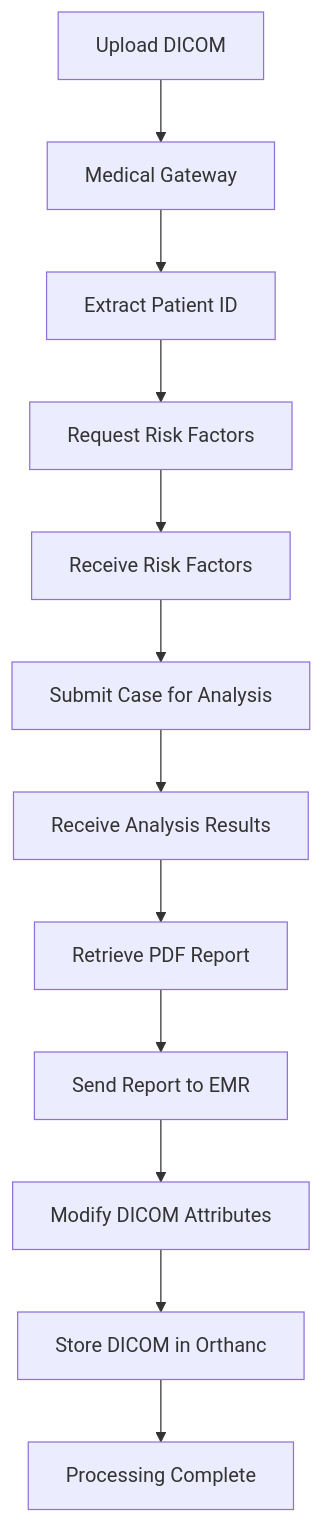
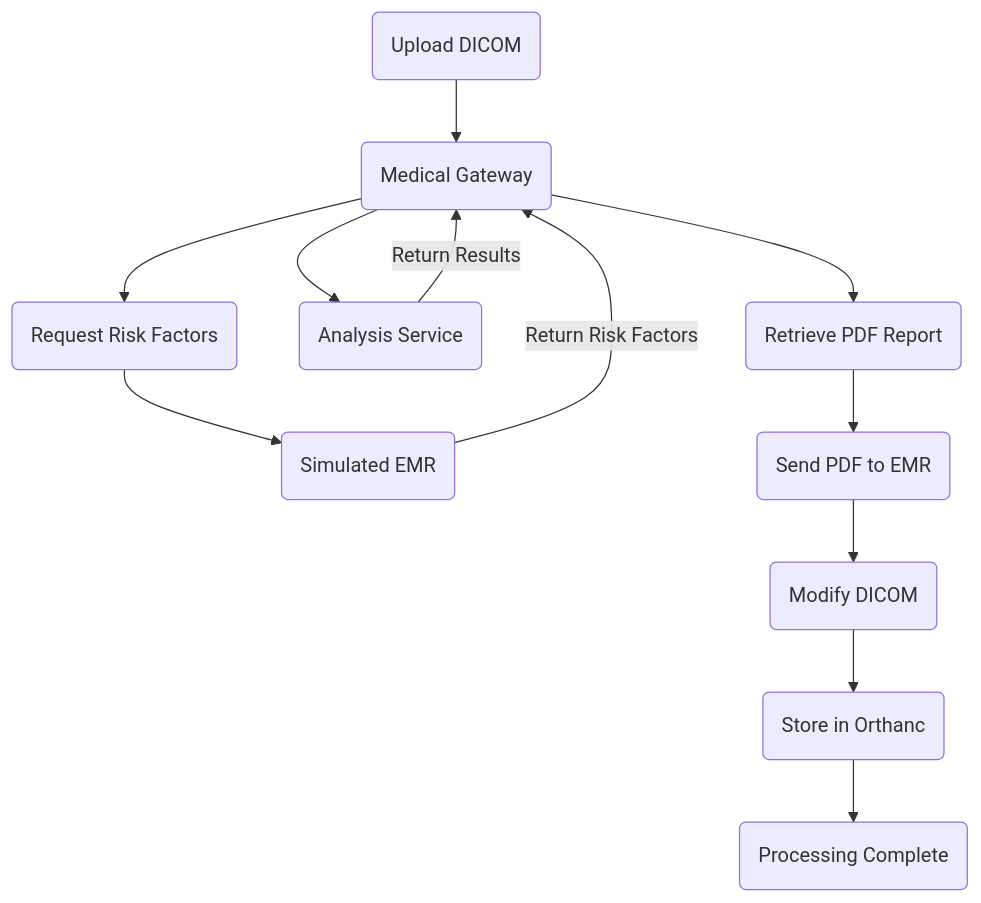
The diagram in README.md (namitagarwal1209/medical-integration-gateway), drawn with Mermaid before and after one commit.

Commit message:
Flowchart Updated

````diff
--- a/README.md
+++ b/README.md
@@ -16,22 +16,21 @@
 ```mermaid
-%%{init: {"flowchart": {"htmlLabels": false}}}%%
 
+%%{init: {"flowchart": {"htmlLabels": true, "wrappingWidth": 300, "useMaxWidth": true}}}%%
 flowchart TD
-    A["Upload DICOM"]
-    B["Medical Gateway"]
-    C["Extract Patient ID"]
-    D["Request Risk Factors"]
-    E["Receive Risk Factors"]
-    F["Submit Case for Analysis"]
-    G["Receive Analysis Results"]
-    H["Retrieve PDF Report"]
-    I["Send Report to EMR"]
-    J["Modify DICOM Attributes"]
-    K["Store DICOM in Orthanc"]
-    L["Processing Complete"]
+    A("Upload DICOM") --> B("Medical Gateway")
 
-    A --> B --> C --> D --> E --> F
-    F --> G --> H --> I --> J --> K --> L
+    B --> C("Request Risk Factors")
+    C --> D("Simulated EMR")
+    D -->|"Return Risk Factors"| B
+
+    B --> E("Analysis Service")
+    E -->|"Return Results"| B
+
+    B --> F("Retrieve PDF Report")
+    F --> G("Send PDF to EMR")
+    G --> H("Modify DICOM")
+    H --> I("Store in Orthanc")
+    I --> J("Processing Complete")
 
 
 ```
````
